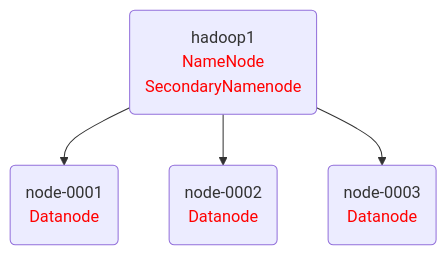
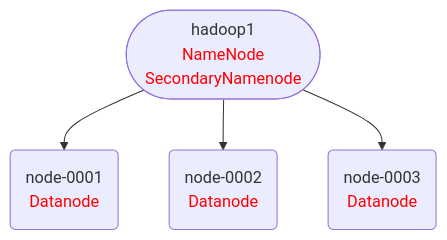
One commit to byy1679/cloud changed the first of 2 diagrams in ARCHITECTURE/03/hadoop-01.md. Above: the diagram before and after it, drawn with Mermaid. The commit also changed other lines of this file and 4 other files, not shown here.

````diff
--- a/ARCHITECTURE/03/hadoop-01.md
+++ b/ARCHITECTURE/03/hadoop-01.md
@@ -58,10 +58,8 @@
 ```mermaid
 graph TB
-M1(hadoop1<br><font color=ff0000>NameNode<br>SecondaryNamenode</font>) 
+M1([hadoop1<br><font color=ff0000>NameNode<br>SecondaryNamenode</font>]) 
 N1(node-0001<br><font color=ff0000>Datanode</font>)
 N2(node-0002<br><font color=ff0000>Datanode</font>)
 N3(node-0003<br><font color=ff0000>Datanode</font>)
-M1 --> N1
-M1 --> N2
-M1 --> N3
+M1 --> N1 & N2 & N3
 ```
````
